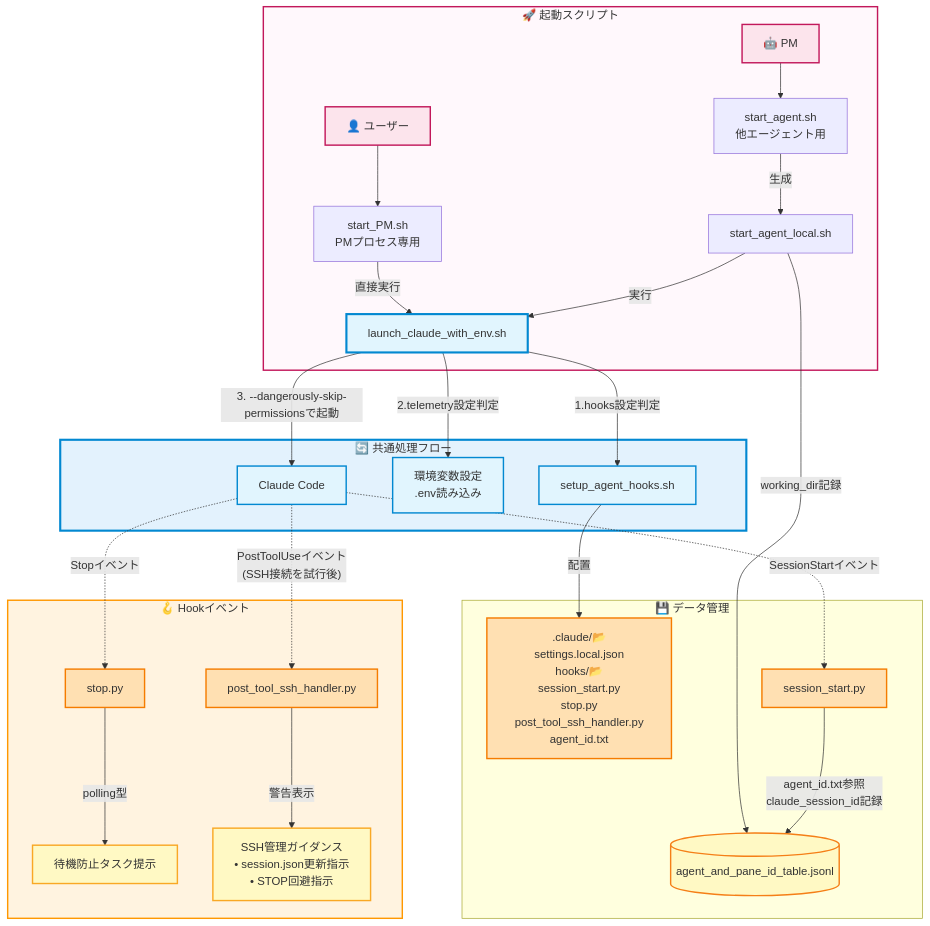
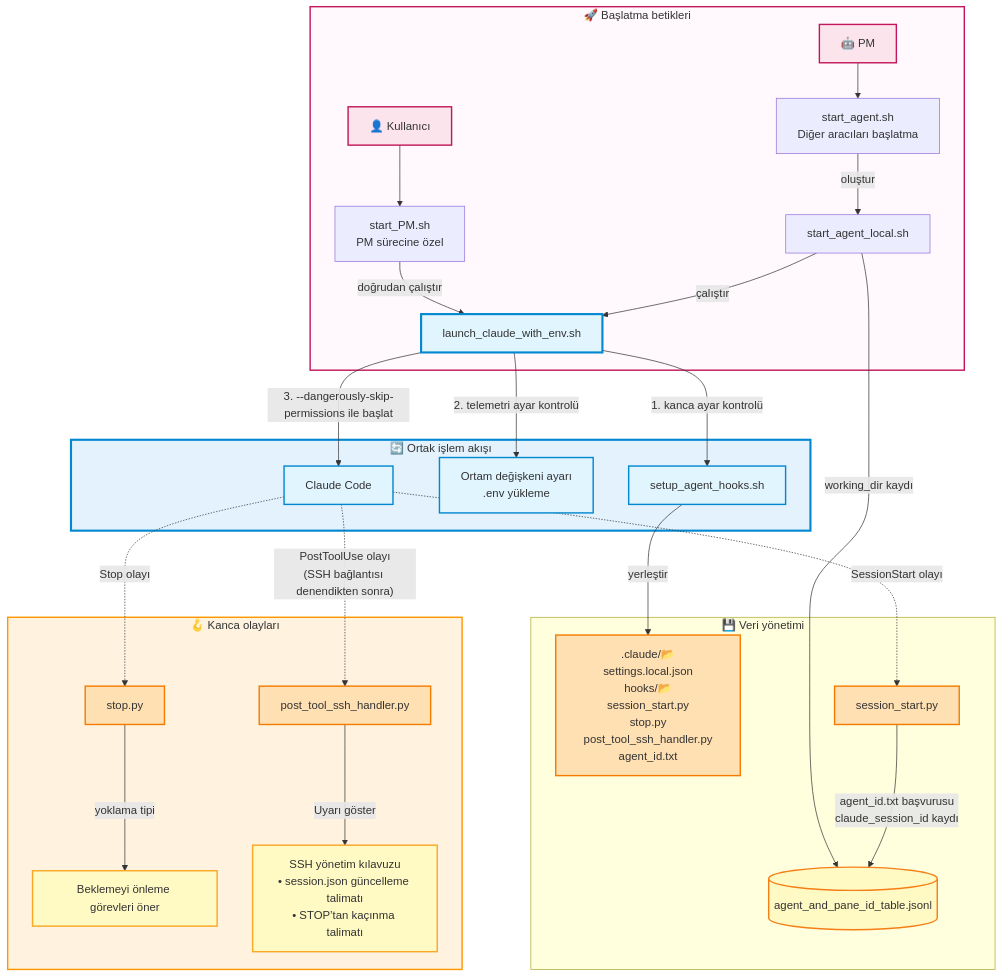
The first of 2 diagrams in hooks/hooks_flowchart_updated.md (erkinalp/VibeCodeHPC-tr), drawn with Mermaid before and after one commit. The commit also changed other lines of this file and 1 other file, not shown here.

Commit message:
docs(tr): Translate JP in hooks deployment guide and hooks flowchart mermaid labels (#2)

````diff
--- a/hooks/hooks_flowchart_updated.md
+++ b/hooks/hooks_flowchart_updated.md
@@ -5,62 +5,62 @@
 ```mermaid
 flowchart TB
-      %% 起動スクリプトの包含関係
-      subgraph StartScripts["🚀 起動スクリプト"]
-      User[👤 ユーザー] 
+      %% Başlatma betiklerinin kapsama ilişkisi
+      subgraph StartScripts["🚀 Başlatma betikleri"]
+      User[👤 Kullanıcı] 
       PM[🤖 PM]
-      User -->StartPM[start_PM.sh<br/>PMプロセス専用]
-      PM -->StartAgent[start_agent.sh<br/>他エージェント用]
+      User -->StartPM[start_PM.sh<br/>PM sürecine özel]
+      PM -->StartAgent[start_agent.sh<br/>Diğer aracıları başlatma]
 
-          StartPM -->|直接実行| LaunchClaude
-          StartAgent -->|生成| LocalScript[start_agent_local.sh]
-          LocalScript -->|実行| LaunchClaude
+          StartPM -->|doğrudan çalıştır| LaunchClaude
+          StartAgent -->|oluştur| LocalScript[start_agent_local.sh]
+          LocalScript -->|çalıştır| LaunchClaude
       end
 
-      %% 共通処理の流れ
-      subgraph CommonFlow["🔄 共通処理フロー"]
+      %% Ortak işlem akışı
+      subgraph CommonFlow["🔄 Ortak işlem akışı"]
           LaunchClaude[launch_claude_with_env.sh]
-          LaunchClaude -->|1.hooks設定判定| SetupHooks[setup_agent_hooks.sh]
-          LaunchClaude -->|2.telemetry設定判定| EnvSetup[環境変数設定<br/>.env読み込み]
-          LaunchClaude -->|"3. --dangerously-skip-permissionsで起動"| ClaudeCode[Claude Code]
+          LaunchClaude -->|1. kanca ayar kontrolü| SetupHooks[setup_agent_hooks.sh]
+          LaunchClaude -->|2. telemetri ayar kontrolü| EnvSetup[Ortam değişkeni ayarı<br/>.env yükleme]
+          LaunchClaude -->|"3. --dangerously-skip-permissions ile başlat"| ClaudeCode[Claude Code]
       end
 
-      %% データフロー
-      subgraph DataFlow["💾 データ管理"]
-          SetupHooks -->|配置| HooksDir[.claude/📂settings.local.json<br/>hooks/📂<br/>session_start.py<br/>stop.py<br/>post_tool_ssh_handler.py<br/>agent_id.txt]
-
-          LocalScript -->|working_dir記録| JSONL
-          ClaudeCode -.->|SessionStartイベント| SessionHook[session_start.py]
-          SessionHook -->|agent_id.txt参照<br/>claude_session_id記録| JSONL
+      %% Veri akışı
+      subgraph DataFlow["💾 Veri yönetimi"]
+          SetupHooks -->|yerleştir| HooksDir[.claude/📂settings.local.json<br/>hooks/📂<br/>session_start.py<br/>stop.py<br/>post_tool_ssh_handler.py<br/>agent_id.txt]
+          
+          LocalScript -->|working_dir kaydı| JSONL
+          ClaudeCode -.->|SessionStart olayı| SessionHook[session_start.py]
+          SessionHook -->|agent_id.txt başvurusu<br/>claude_session_id kaydı| JSONL
 
           JSONL[(agent_and_pane_id_table.jsonl)]
       end
 
-      %% Hook イベントフロー
-      subgraph HookEvents["🪝 Hookイベント"]
-          ClaudeCode -.->|Stopイベント| StopHook[stop.py]
-          StopHook -->|polling型| PreventWait[待機防止タスク提示]
+      %% Kanca olay akışı
+      subgraph HookEvents["🪝 Kanca olayları"]
+          ClaudeCode -.->|Stop olayı| StopHook[stop.py]
+          StopHook -->|yoklama tipi| PreventWait[Beklemeyi önleme görevleri öner]
           
-          ClaudeCode -.->|"PostToolUseイベント<br/>(SSH接続を試行後)"| SSHHandler[post_tool_ssh_handler.py]
-          SSHHandler -->|警告表示| SSHGuide[SSH管理ガイダンス<br/>• session.json更新指示<br/>• STOP回避指示]
+          ClaudeCode -.->|"PostToolUse olayı<br/>(SSH bağlantısı denendikten sonra)"| SSHHandler[post_tool_ssh_handler.py]
+          SSHHandler -->|Uyarı göster| SSHGuide[SSH yönetim kılavuzu<br/>• session.json güncelleme talimatı<br/>• STOP’tan kaçınma talimatı]
       end
 
       %% スタイリング
       style StartScripts fill:#fff8fc,stroke:#c2185b,stroke-width:2px
       style CommonFlow fill:#e3f2fd,stroke:#0288d1,stroke-width:3px
       style HookEvents fill:#fff3e0,stroke:#ff9800,stroke-width:2px
 
       style User fill:#fce4ec,stroke:#c2185b,stroke-width:2px
       style PM fill:#fce4ec,stroke:#c2185b,stroke-width:2px
       style LaunchClaude fill:#e1f5fe,stroke:#0288d1,stroke-width:3px
       style ClaudeCode fill:#e1f5fe,stroke:#0288d1,stroke-width:2px
       style EnvSetup fill:#e1f5fe,stroke:#0288d1,stroke-width:2px
       style SetupHooks fill:#e1f5fe,stroke:#0288d1,stroke-width:2px
 
       style JSONL fill:#fff9c4,stroke:#f57f17,stroke-width:2px
       style HooksDir fill:#ffe0b2,stroke:#f57c00,stroke-width:2px
       style StopHook fill:#ffe0b2,stroke:#f57c00,stroke-width:2px
       style SessionHook fill:#ffe0b2,stroke:#f57c00,stroke-width:2px
       style SSHHandler fill:#ffe0b2,stroke:#f57c00,stroke-width:2px
       style SSHGuide fill:#fff9c4,stroke:#f9a825,stroke-width:2px
       style PreventWait fill:#fff9c4,stroke:#f9a825,stroke-width:2px
 ```
````
